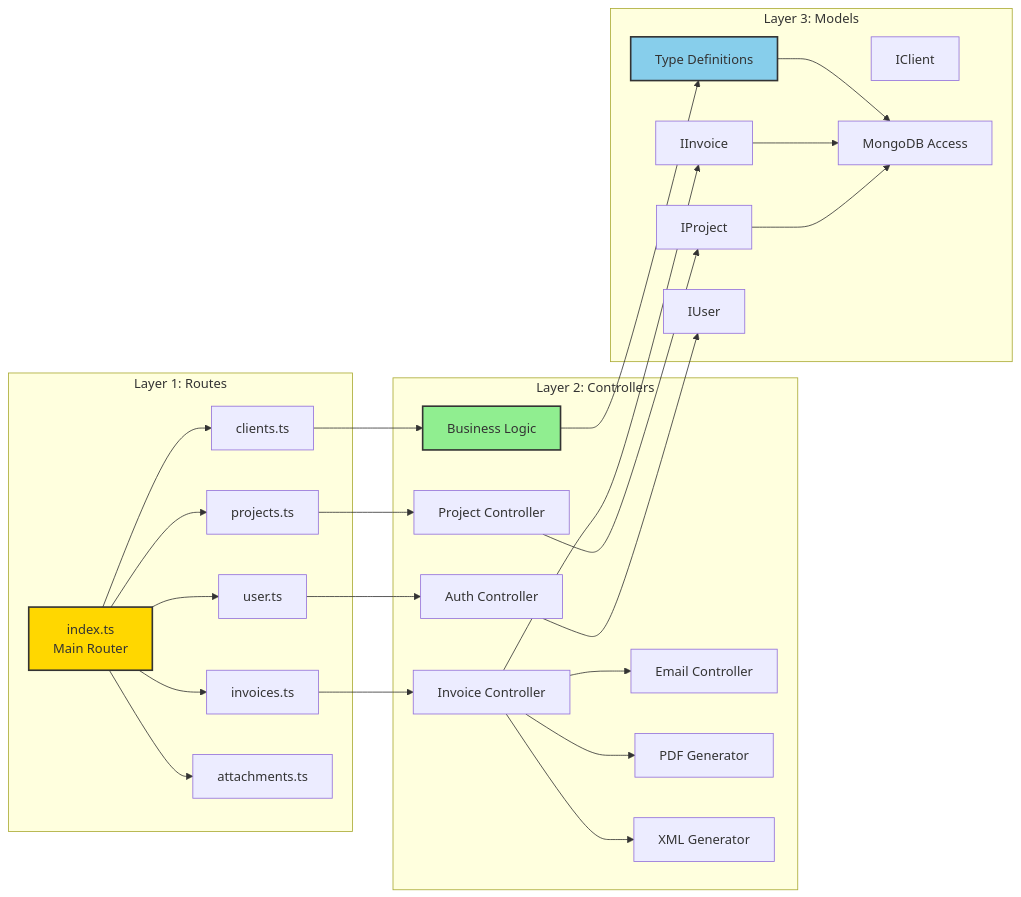
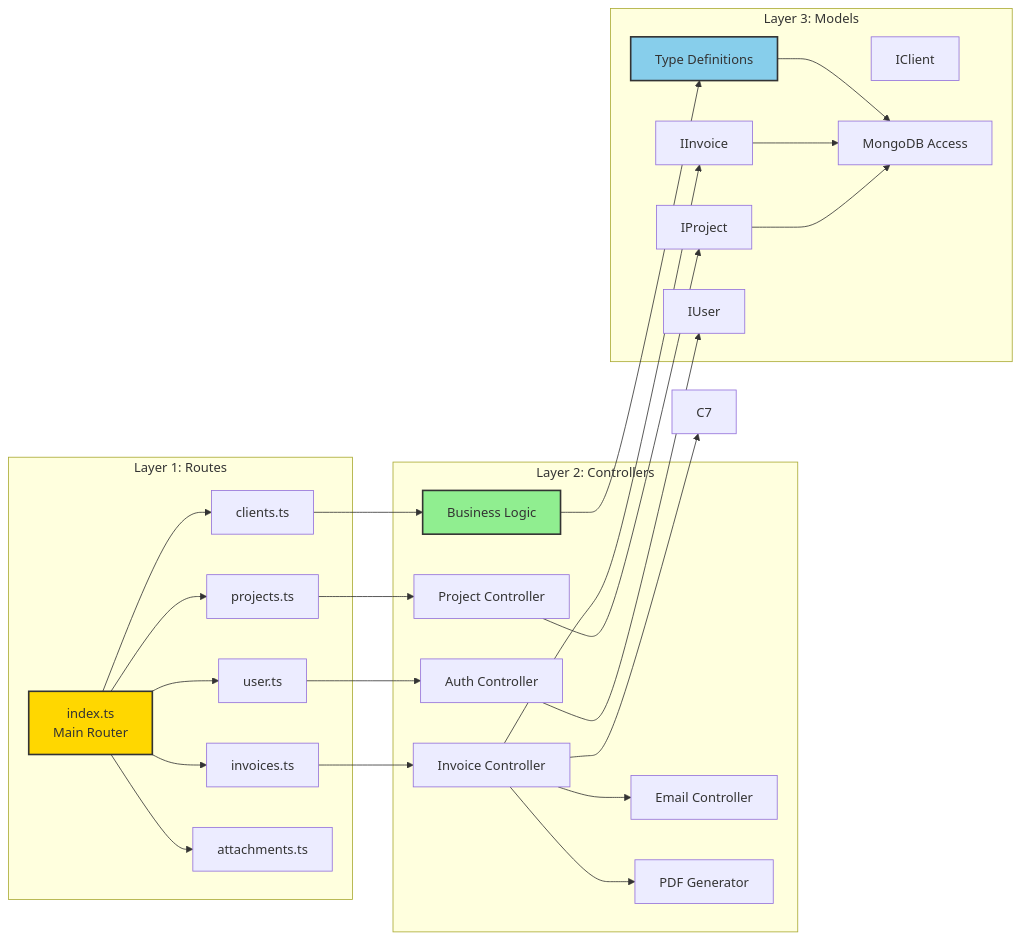
One commit to itenium-be/confac changed the second of 14 diagrams in .claude/ARCHITECTURE.md. Above: the diagram before and after it, drawn with Mermaid. The commit also changed other lines of this file and 16 other files, not shown here.

````diff
--- a/.claude/ARCHITECTURE.md
+++ b/.claude/ARCHITECTURE.md
@@ -127,58 +127,57 @@
 ```mermaid
 graph LR
     subgraph "Layer 1: Routes"
         R1[index.ts<br/>Main Router]
         R2[clients.ts]
         R3[invoices.ts]
         R4[projects.ts]
         R5[user.ts]
         R6[attachments.ts]
     end
 
     subgraph "Layer 2: Controllers"
         C1[Business Logic]
         C2[Invoice Controller]
         C3[Project Controller]
         C4[Email Controller]
         C5[Auth Controller]
         C6[PDF Generator]
-        C7[XML Generator]
     end
 
     subgraph "Layer 3: Models"
         M1[Type Definitions]
         M2[IInvoice]
         M3[IProject]
         M4[IClient]
         M5[IUser]
         M6[MongoDB Access]
     end
 
     R1 --> R2
     R1 --> R3
     R1 --> R4
     R1 --> R5
     R1 --> R6
 
     R2 --> C1
     R3 --> C2
     R4 --> C3
     R5 --> C5
 
     C2 --> C6
     C2 --> C7
     C2 --> C4
 
     C1 --> M1
     C2 --> M2
     C3 --> M3
     C5 --> M5
 
     M1 --> M6
     M2 --> M6
     M3 --> M6
 
     style R1 fill:#ffd700,stroke:#333,stroke-width:2px
     style C1 fill:#90ee90,stroke:#333,stroke-width:2px
     style M1 fill:#87ceeb,stroke:#333,stroke-width:2px
 ```
````
